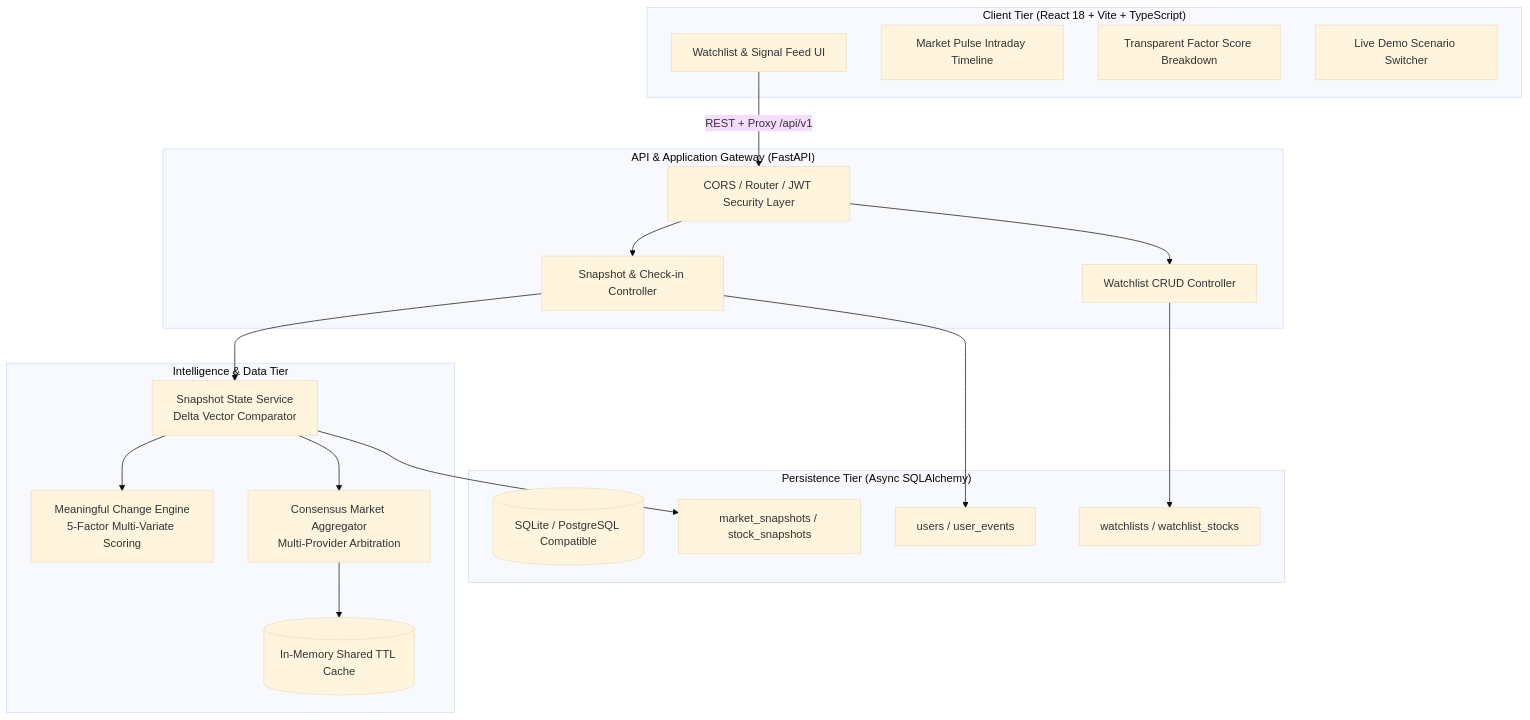
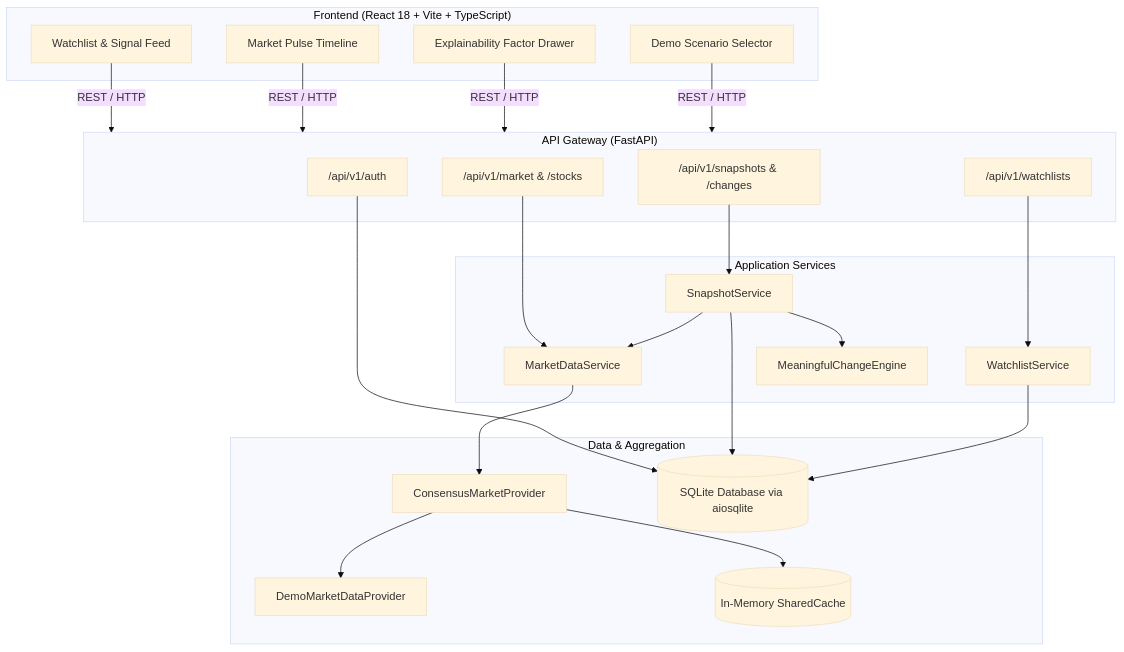
One commit to dharshini66/Flux changed the diagram in README.md. Above: the diagram before and after it, drawn with Mermaid (base theme). The commit also changed other lines of this file and 1 other file, not shown here.

````diff
--- a/README.md
+++ b/README.md
@@ -27,40 +99,48 @@
 ```mermaid
 flowchart TD
-    subgraph Client ["Client Tier (React 18 + Vite + TypeScript)"]
-        UI[Watchlist & Signal Feed UI]
-        Pulse[Market Pulse Intraday Timeline]
-        Explainer[Transparent Factor Score Breakdown]
-        Scenario[Live Demo Scenario Switcher]
+    subgraph Client ["Frontend (React 18 + Vite + TypeScript)"]
+        UI[Watchlist & Signal Feed]
+        Pulse[Market Pulse Timeline]
+        Drawer[Explainability Factor Drawer]
+        DemoBar[Demo Scenario Selector]
     end
 
-    subgraph Gateway ["API & Application Gateway (FastAPI)"]
-        Router[CORS / Router / JWT Security Layer]
-        SnapRoute[Snapshot & Check-in Controller]
-        WatchRoute[Watchlist CRUD Controller]
+    subgraph API ["API Gateway (FastAPI)"]
+        AuthRouter["/api/v1/auth"]
+        WatchRouter["/api/v1/watchlists"]
+        SnapRouter["/api/v1/snapshots & /changes"]
+        MarketRouter["/api/v1/market & /stocks"]
     end
 
-    subgraph CoreEngine ["Intelligence & Data Tier"]
-        Engine[Meaningful Change Engine<br/>5-Factor Multi-Variate Scoring]
-        SnapService[Snapshot State Service<br/>Delta Vector Comparator]
-        Consensus[Consensus Market Aggregator<br/>Multi-Provider Arbitration]
-        Cache[(In-Memory Shared TTL Cache)]
+    subgraph ServiceLayer ["Application Services"]
+        SnapService[SnapshotService]
+        WatchService[WatchlistService]
+        MarketService[MarketDataService]
+        Engine[MeaningfulChangeEngine]
     end
 
-    subgraph Persistence ["Persistence Tier (Async SQLAlchemy)"]
-        DB[(SQLite / PostgreSQL Compatible)]
-        SnapshotsTable[market_snapshots / stock_snapshots]
-        WatchlistsTable[watchlists / watchlist_stocks]
-        UsersTable[users / user_events]
+    subgraph DataAccess ["Data & Aggregation"]
+        Consensus[ConsensusMarketProvider]
+        DemoProv[DemoMarketDataProvider]
+        Cache[(In-Memory SharedCache)]
+        DB[(SQLite Database via aiosqlite)]
     end
 
-    UI -->|REST + Proxy /api/v1| Router
-    Router --> SnapRoute
-    Router --> WatchRoute
-    SnapRoute --> SnapService
+    UI -->|REST / HTTP| API
+    Pulse -->|REST / HTTP| API
+    Drawer -->|REST / HTTP| API
+    DemoBar -->|REST / HTTP| API
+
+    AuthRouter --> DB
+    WatchRouter --> WatchService
+    SnapRouter --> SnapService
+    MarketRouter --> MarketService
+
     SnapService --> Engine
-    SnapService --> Consensus
+    SnapService --> MarketService
+    SnapService --> DB
+    WatchService --> DB
+    MarketService --> Consensus
     Consensus --> Cache
-    SnapService --> SnapshotsTable
-    WatchRoute --> WatchlistsTable
-    SnapRoute --> UsersTable
+    Consensus --> DemoProv
 ```
````
